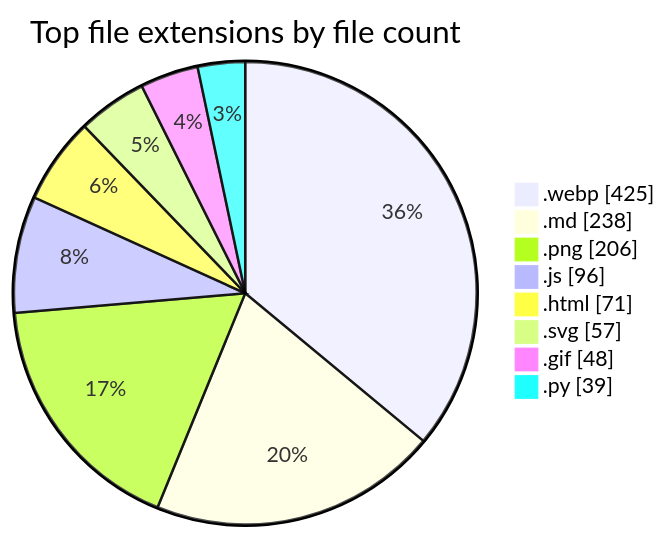
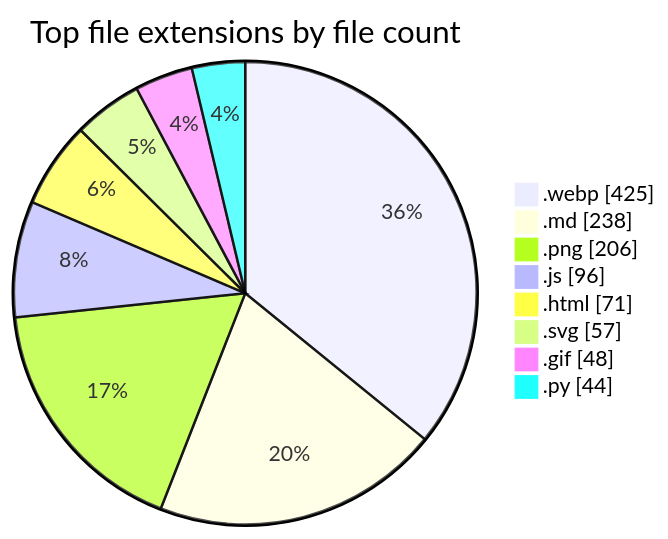
The second of 2 diagrams in README.md (tchinso/tchinso), drawn with Mermaid before and after one commit. The commit also changed other lines of this file, not shown here.

````diff
--- a/README.md
+++ b/README.md
@@ -53,12 +53,12 @@
 ```mermaid
 pie showData
     title Top file extensions by file count
     ".webp" : 425
     ".md" : 238
     ".png" : 206
     ".js" : 96
     ".html" : 71
     ".svg" : 57
     ".gif" : 48
-    ".py" : 39
+    ".py" : 44
 ```
````
